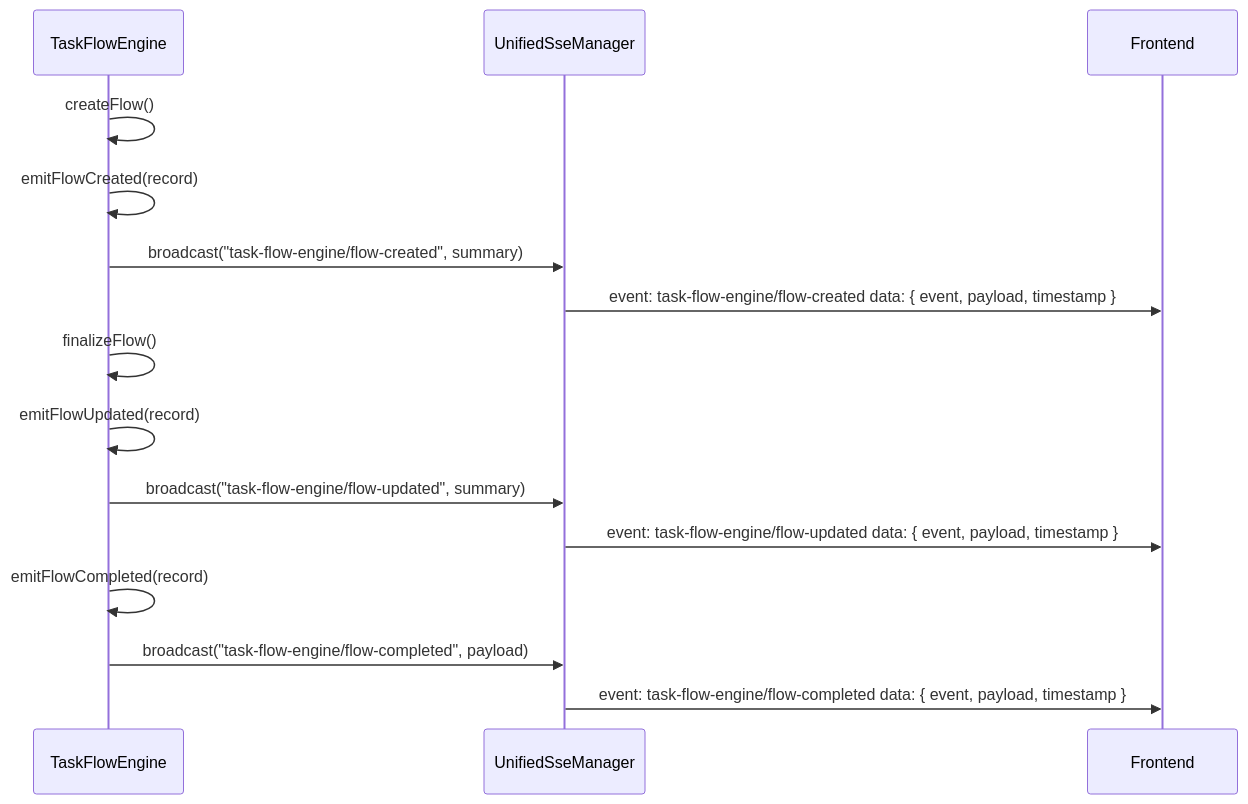
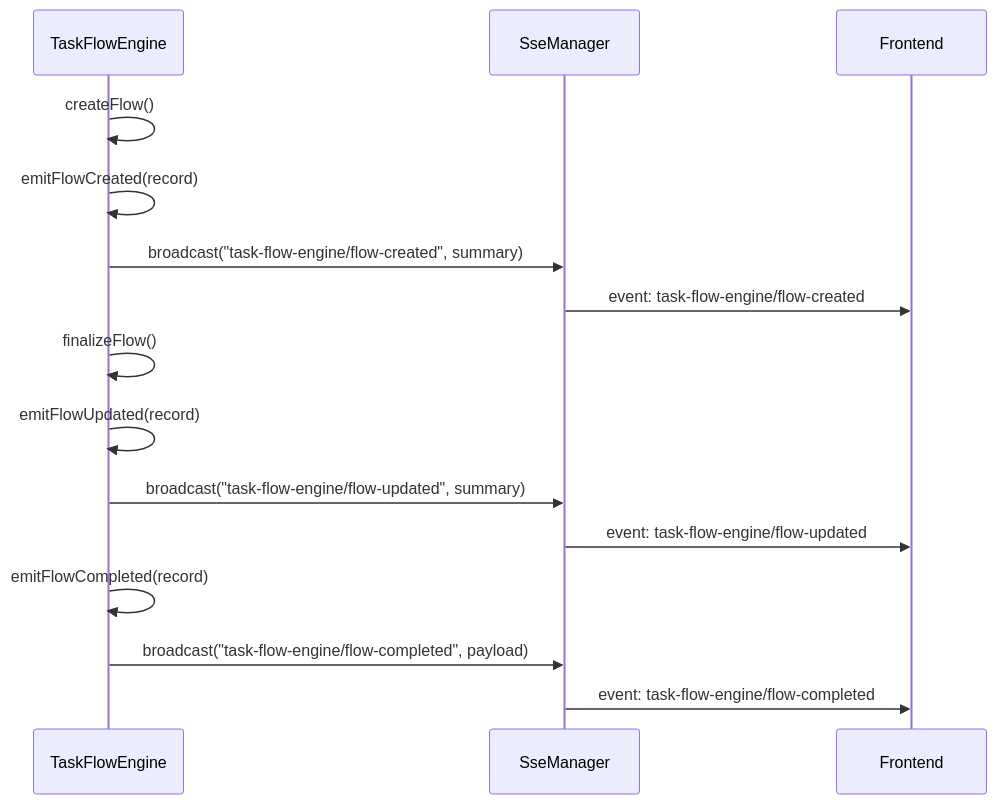
Before and after one commit to etrita005/syrius-robotops: the third of 5 diagrams in documents/design/sse-manager.md, drawn with Mermaid. The commit also changed other lines of this file and 19 other files, not shown here.

First line of the commit message:
refactor: add ISseManagerEventHandler interface, fix Robot Details SSE subscriptions

````diff
--- a/documents/design/sse-manager.md
+++ b/documents/design/sse-manager.md
@@ -371,20 +463,20 @@
 ```mermaid
 sequenceDiagram
     participant Engine as TaskFlowEngine
-    participant SSE as UnifiedSseManager
+    participant SSE as SseManager
     participant Client as Frontend
 
     Engine->>Engine: createFlow()
     Engine->>Engine: emitFlowCreated(record)
     Engine->>SSE: broadcast("task-flow-engine/flow-created", summary)
-    SSE->>Client: event: task-flow-engine/flow-created data: { event, payload, timestamp }
+    SSE->>Client: event: task-flow-engine/flow-created
 
     Engine->>Engine: finalizeFlow()
     Engine->>Engine: emitFlowUpdated(record)
     Engine->>SSE: broadcast("task-flow-engine/flow-updated", summary)
-    SSE->>Client: event: task-flow-engine/flow-updated data: { event, payload, timestamp }
+    SSE->>Client: event: task-flow-engine/flow-updated
 
     Engine->>Engine: emitFlowCompleted(record)
     Engine->>SSE: broadcast("task-flow-engine/flow-completed", payload)
-    SSE->>Client: event: task-flow-engine/flow-completed data: { event, payload, timestamp }
+    SSE->>Client: event: task-flow-engine/flow-completed
 ```
````
